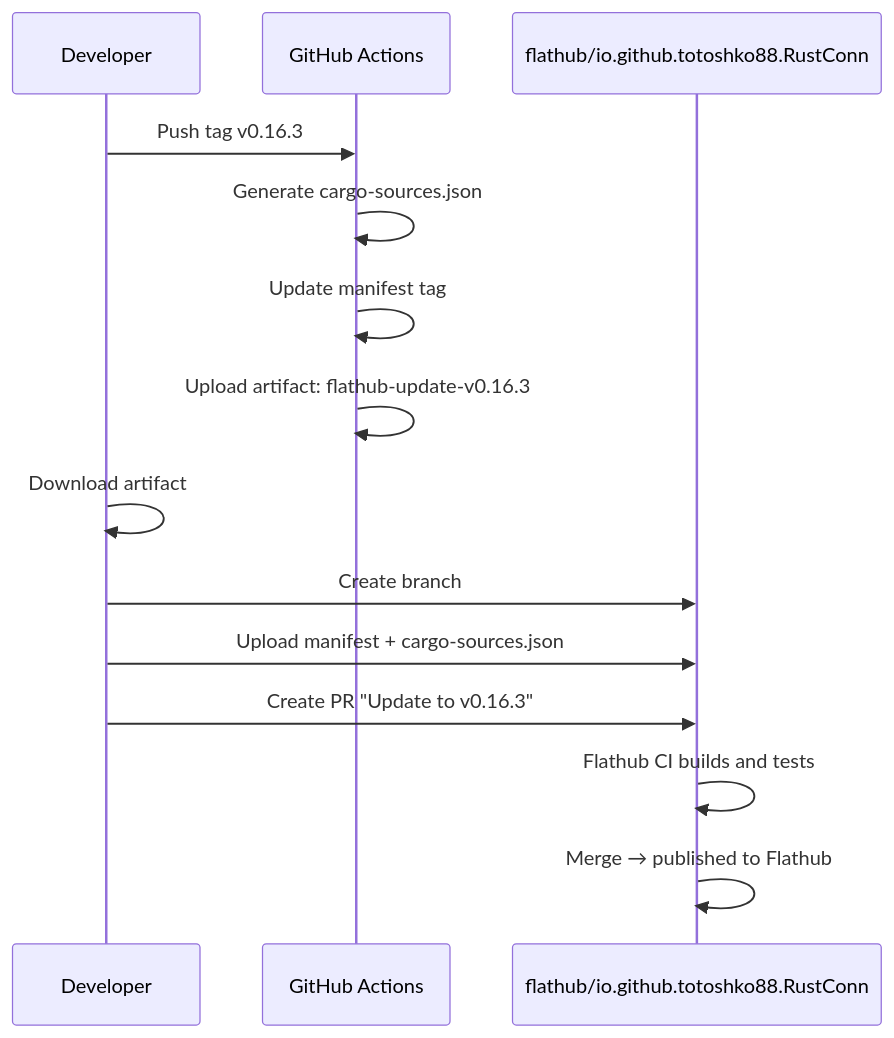
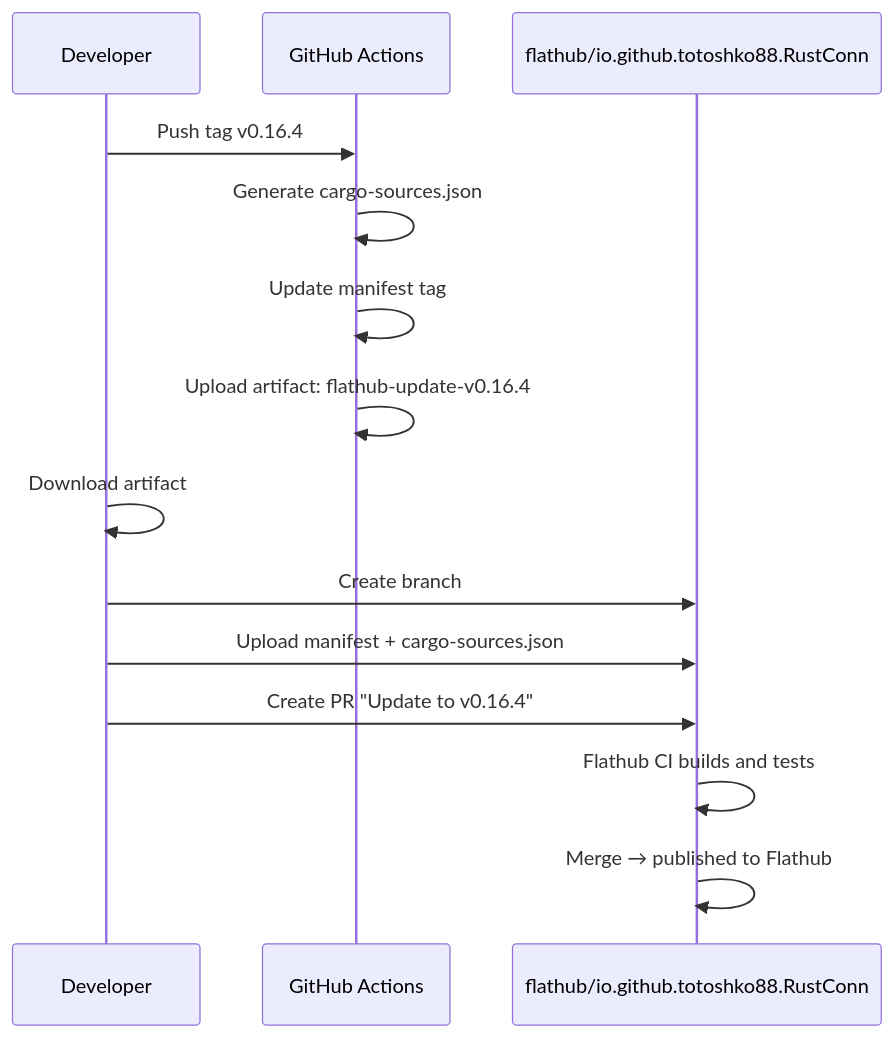
The sixth of 6 diagrams in docs/CI_BUILD_FLOW.md (shanecaf/RustConn), drawn with Mermaid before and after one commit. The commit also changed other lines of this file and 25 other files, not shown here.

````diff
--- a/docs/CI_BUILD_FLOW.md
+++ b/docs/CI_BUILD_FLOW.md
@@ -245,18 +245,18 @@
 ```mermaid
 sequenceDiagram
     participant Dev as Developer
     participant GH as GitHub Actions
     participant FH as flathub/io.github.totoshko88.RustConn
 
-    Dev->>GH: Push tag v0.16.3
+    Dev->>GH: Push tag v0.16.4
     GH->>GH: Generate cargo-sources.json
     GH->>GH: Update manifest tag
-    GH->>GH: Upload artifact: flathub-update-v0.16.3
+    GH->>GH: Upload artifact: flathub-update-v0.16.4
 
     Dev->>Dev: Download artifact
     Dev->>FH: Create branch
     Dev->>FH: Upload manifest + cargo-sources.json
-    Dev->>FH: Create PR "Update to v0.16.3"
+    Dev->>FH: Create PR "Update to v0.16.4"
     FH->>FH: Flathub CI builds and tests
     FH->>FH: Merge → published to Flathub
 ```
````
